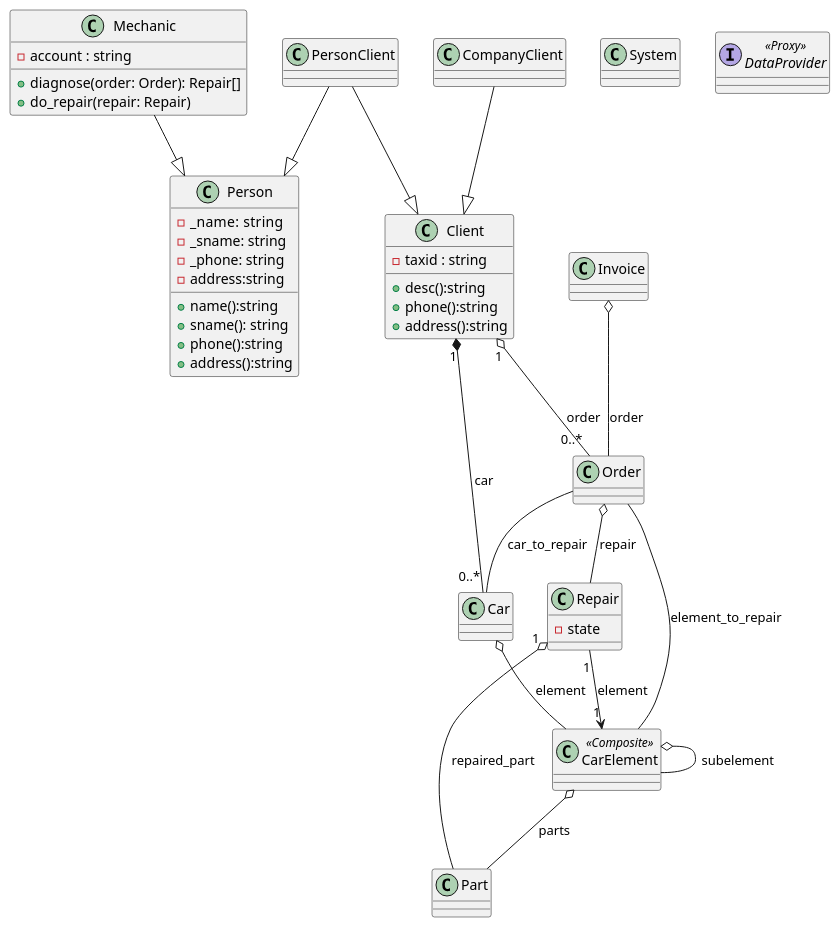
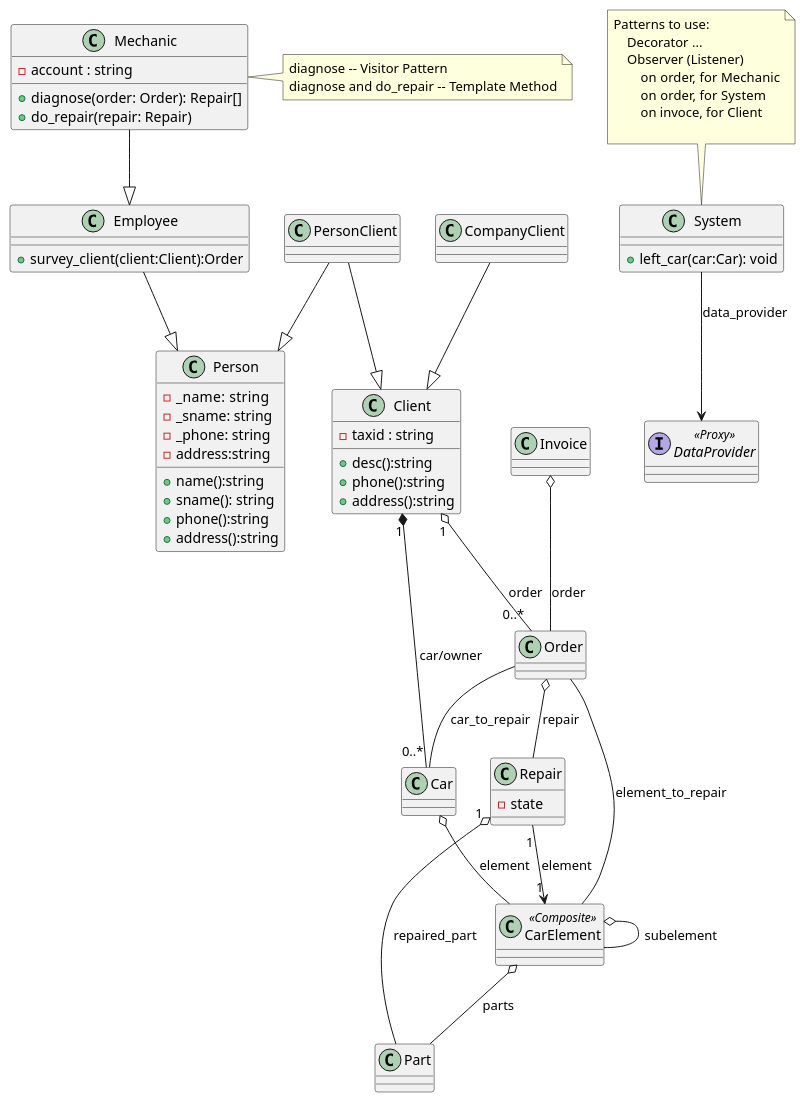
One commit to kpodlaski/Prog_zaaw_I_2020 changed the diagram in warsztat_class_diaram.plantuml. Above: the diagram before and after it, drawn with PlantUML.

Commit message:
Diagrams on 15.05

```diff
--- a/warsztat_class_diaram.plantuml
+++ b/warsztat_class_diaram.plantuml
@@ -1,75 +1,99 @@
 @startuml
-    Mechanic --|>Person  
+    Mechanic --|>Employee
+    Employee --|>Person  
     PersonClient --|> Person
     PersonClient --|> Client
     CompanyClient --|> Client
     Client "1" o-- "0..*" Order :order
-    Client "1" *-- "0..*" Car: car
+    'two direction assotiation
+    Client "1" *-- "0..*" Car: car/owner
+
     Car o-- CarElement: element
     CarElement o-- Part : parts
     CarElement o-- CarElement: subelement
     Repair "1" --> "1" CarElement : element
     Repair "1" o-- Part : repaired_part
     Order -- CarElement : element_to_repair
     Order -- Car : car_to_repair
     Order o-- Repair : repair
     Invoice o-- Order: order
+    System --> DataProvider : data_provider
+
+    note top of System
+        Patterns to use:
+            Decorator ...
+            Observer (Listener) 
+                on order, for Mechanic
+                on order, for System
+                on invoce, for Client
+            
+    end note
 
     class Person{
         -_name:  string 
         -_sname: string
         -_phone: string
         -address:string
 
         +name():string
         +sname(): string
         +phone():string
         +address():string
     }
 
+    class Employee{
+        +survey_client(client:Client):Order
+    }
+
     class Mechanic{
         -account : string
-        +diagnose(order: Order): Repair[]
+        +diagnose(order: Order): Repair[] 
         +do_repair(repair: Repair)
     }
+    note right of Mechanic
+        diagnose -- Visitor Pattern
+        diagnose and do_repair -- Template Method
+    end note
     class Client{
         -taxid : string
         +desc():string
         +phone():string
         +address():string
 
     }
 
     class PersonClient{
 
     }
 
     class CompanyClient{
 
     }
 
     class Car{}
 
     class CarElement <<Composite>>{
 
     }
     
     'Sate of part: broken, new, old 
     class Part{}
     class Order{}
     class Repair{
         - state
     }
 
     class Invoice{}
 
-    class System {}
+    class System {
+        +left_car(car:Car): void
+    }
 
     'interface have only pure virtual methods
     interface DataProvider  <<Proxy>>{
-        
+
     }
     
 
     'hide members
 @enduml
```
